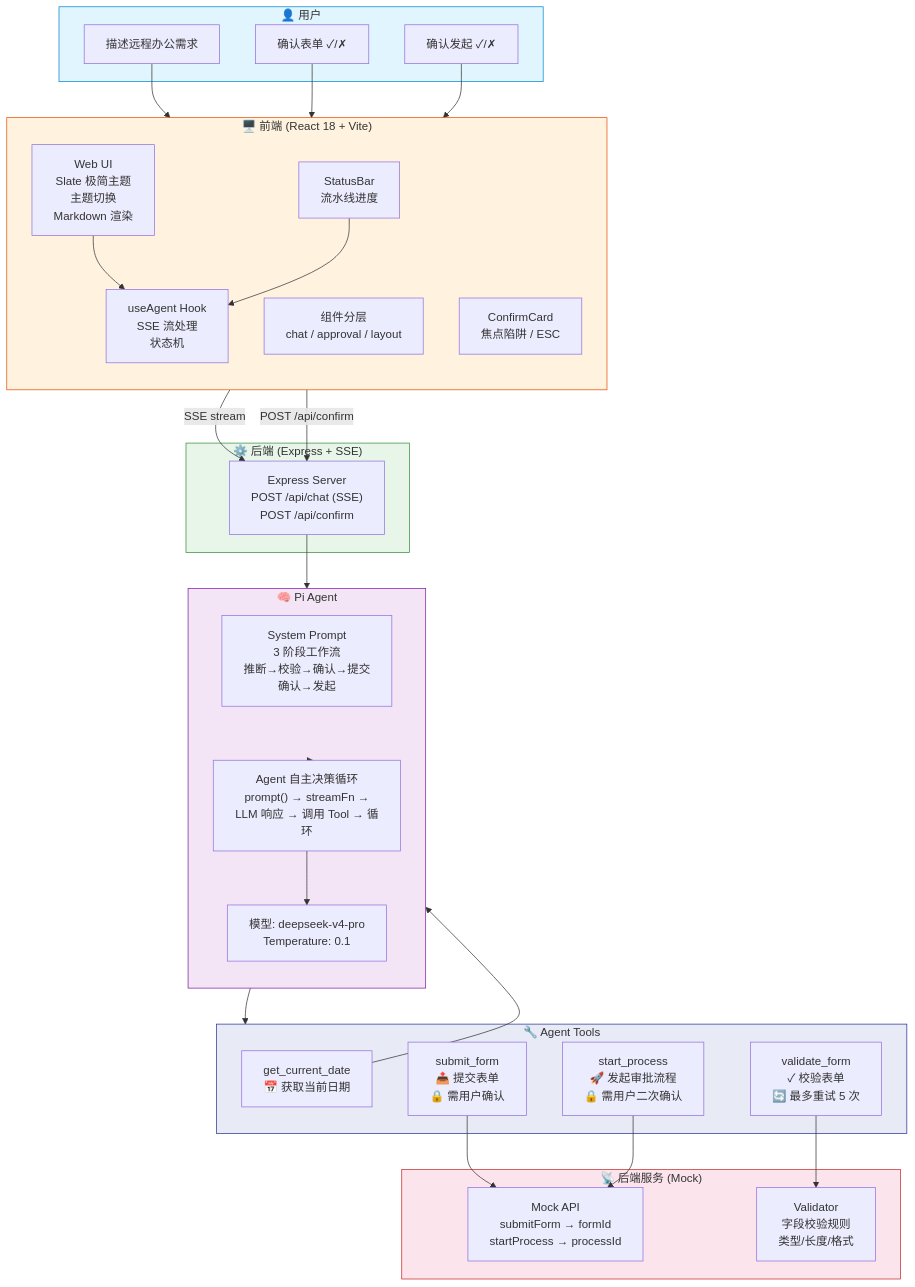
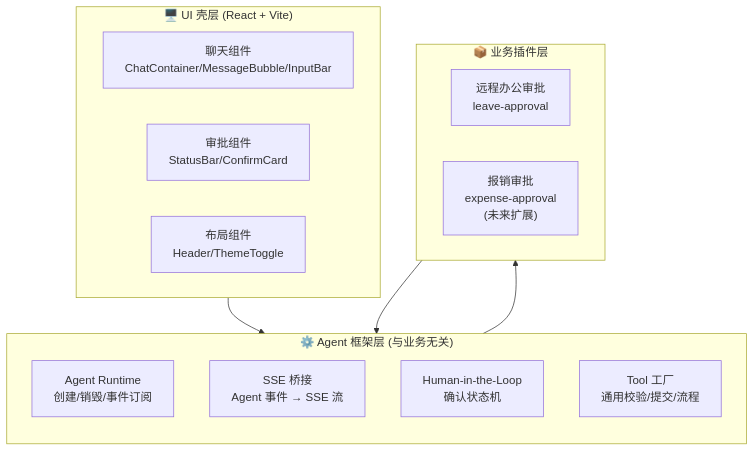
Before and after one commit to yjzaaa/leave-approval-agent: the first of 2 diagrams in docs/DESIGN.md, drawn with Mermaid. The commit also changed other lines of this file and 25 other files, not shown here.

````diff
--- a/docs/DESIGN.md
+++ b/docs/DESIGN.md
@@ -12,63 +15,27 @@
 ```mermaid
 graph TB
-    subgraph User["👤 用户"]
-        U1["描述远程办公需求"]
-        U2["确认表单 ✓/✗"]
-        U3["确认发起 ✓/✗"]
+    subgraph UI["🖥️ UI 壳层 (React + Vite)"]
+        direction LR
+        Chat["聊天组件<br/>ChatContainer/MessageBubble/InputBar"]
+        Approval["审批组件<br/>StatusBar/ConfirmCard"]
+        Layout["布局组件<br/>Header/ThemeToggle"]
     end
 
-    subgraph Frontend["🖥️ 前端 (React 18 + Vite)"]
+    subgraph Framework["⚙️ Agent 框架层 (与业务无关)"]
         direction TB
-        WebUI["Web UI<br/>Slate 极简主题<br/>主题切换<br/>Markdown 渲染"]
-        Components["组件分层<br/>chat / approval / layout"]
-        Hook["useAgent Hook<br/>SSE 流处理<br/>状态机"]
-        StatusBar["StatusBar<br/>流水线进度"]
-        ConfirmCard["ConfirmCard<br/>焦点陷阱 / ESC"]
+        Runtime["Agent Runtime<br/>创建/销毁/事件订阅"]
+        SSE["SSE 桥接<br/>Agent 事件 → SSE 流"]
+        HITL["Human-in-the-Loop<br/>确认状态机"]
+        ToolFactory["Tool 工厂<br/>通用校验/提交/流程"]
     end
 
-    subgraph Backend["⚙️ 后端 (Express + SSE)"]
-        Server["Express Server<br/>POST /api/chat (SSE)<br/>POST /api/confirm"]
+    subgraph Plugins["📦 业务插件层"]
+        direction LR
+        Leave["远程办公审批<br/>leave-approval"]
+        Future["报销审批<br/>expense-approval<br/>(未来扩展)"]
     end
 
-    subgraph Agent["🧠 Pi Agent"]
-        direction TB
-        SysPrompt["System Prompt<br/>3 阶段工作流<br/>推断→校验→确认→提交<br/>确认→发起"]
-        Model["模型: deepseek-v4-pro<br/>Temperature: 0.1"]
-        AgentLoop["Agent 自主决策循环<br/>prompt() → streamFn →<br/>LLM 响应 → 调用 Tool → 循环"]
-    end
-
-    subgraph Tools["🔧 Agent Tools"]
-        T1["get_current_date<br/>📅 获取当前日期"]
-        T2["validate_form<br/>✓ 校验表单<br/>🔄 最多重试 5 次"]
-        T3["submit_form<br/>📤 提交表单<br/>🔒 需用户确认"]
-        T4["start_process<br/>🚀 发起审批流程<br/>🔒 需用户二次确认"]
-    end
-
-    subgraph BackendLayer["📡 后端服务 (Mock)"]
-        API["Mock API<br/>submitForm → formId<br/>startProcess → processId"]
-        Validator["Validator<br/>字段校验规则<br/>类型/长度/格式"]
-    end
-
-    U1 --> WebUI
-    WebUI --> Hook
-    Hook -->|"SSE stream"| Server
-    Server --> Agent
-    Agent --> AgentLoop
-    AgentLoop --> Model
-    AgentLoop --> Tools
-    U2 --> ConfirmCard
-    U3 --> ConfirmCard
-    ConfirmCard -->|"POST /api/confirm"| Server
-    StatusBar --> Hook
-    T1 --> AgentLoop
-    T2 --> Validator
-    T3 --> API
-    T4 --> API
-
-    style User fill:#e1f5fe,stroke:#0288d1
-    style Frontend fill:#fff3e0,stroke:#e65100
-    style Backend fill:#e8f5e9,stroke:#388e3c
-    style Agent fill:#f3e5f5,stroke:#7b1fa2
-    style Tools fill:#e8eaf6,stroke:#283593
-    style BackendLayer fill:#fce4ec,stroke:#c62828
+    UI --> Framework
+    Framework --> Plugins
+    Plugins --> Framework
 ```
````
